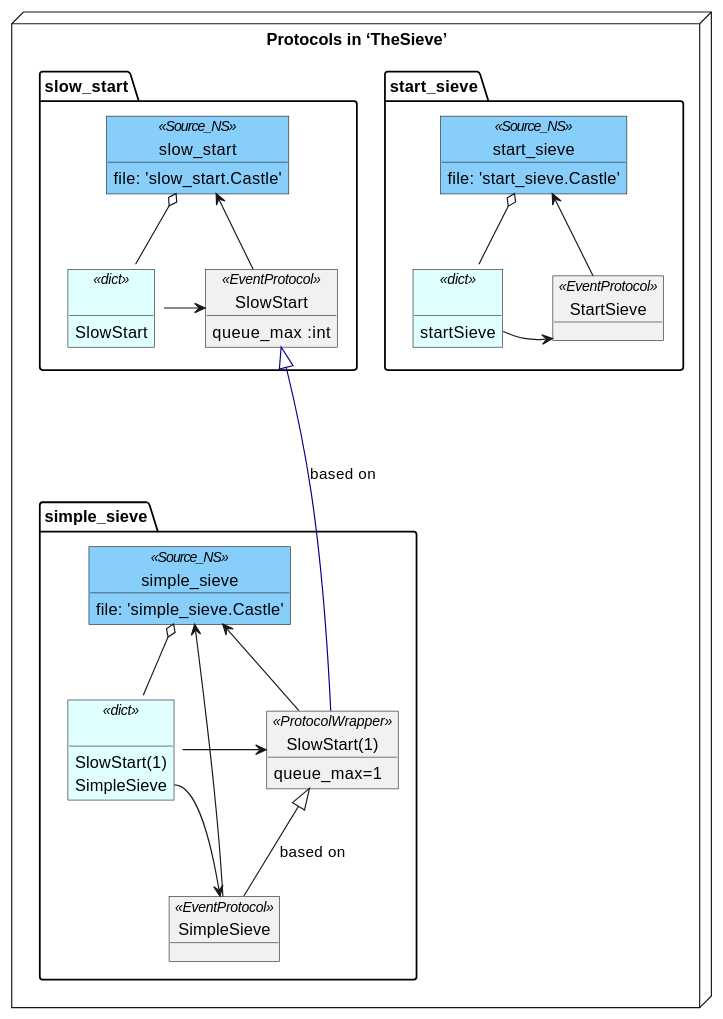
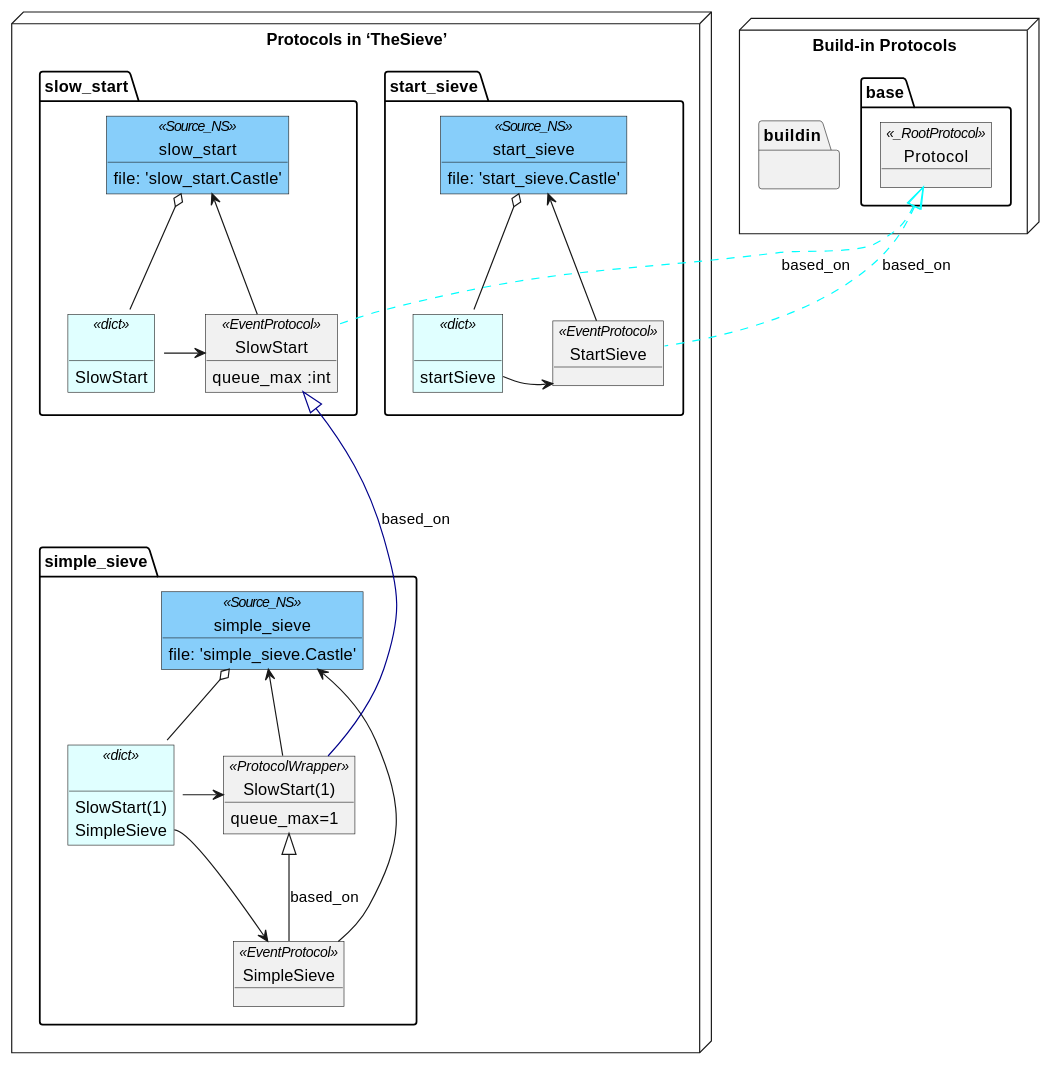
One commit to AlbertMietus/DocIdeas.hg changed the diagram in CCastle/DocParts/Design/231016_NS.rst. Above: the diagram before and after it, drawn with PlantUML.

Commit message:
refactor (DesignDiagram) added buildin.Protocol & layout/spaces

```diff
--- a/CCastle/DocParts/Design/231016_NS.rst
+++ b/CCastle/DocParts/Design/231016_NS.rst
@@ -4,59 +4,70 @@
 .. uml::
 
    @startuml
 
    package "Protocols in ‘TheSieve’" <<Node>> {
       package start_sieve {
          object start_sieve <<Source_NS>> #LightSkyBlue {
            file: 'start_sieve.Castle'
          }
          object " " as P1_d <<dict>> #lightcyan {
            startSieve
          }
          object StartSieve <<EventProtocol>>
 
-         start_sieve       o--  P1_d
-         P1_d::startSieve  ->   StartSieve
-         start_sieve       <--  StartSieve
+         start_sieve          o--  P1_d
+         P1_d::startSieve     ->   StartSieve
+         start_sieve          <--  StartSieve
       }
 
       package slow_start {
          object slow_start <<Source_NS>> #LightSkyBlue {
            file: 'slow_start.Castle'
          }
          object " " as P2_d <<dict>> #lightcyan {
            SlowStart
          }
          object SlowStart  <<EventProtocol>> {
            queue_max :int
          }
 
-         slow_start       o-- P2_d
-         P2_d::slowStart  ->  SlowStart
-         slow_start       <-- SlowStart
+         slow_start           o--  P2_d
+         P2_d::slowStart      ->   SlowStart
+         slow_start           <--  SlowStart
       }
 
       package simple_sieve {
          object simple_sieve <<Source_NS>> #LightSkyBlue {
            file: 'simple_sieve.Castle'
          }
          object " " as P3_d <<dict>> #lightcyan {
            SlowStart(1)
            SimpleSieve
          }
          object "SlowStart(1)" as SlowStart_1 <<ProtocolWrapper>> {
             queue_max=1
          }
          object SimpleSieve <<EventProtocol>>
-         SlowStart_1 <|-- SimpleSieve: based on
+         SlowStart_1 <|-- SimpleSieve: based_on
 
-         simple_sieve        o-- P3_d
-         P3_d::SlowStart_1   ->  SlowStart_1
-         P3_d::SimpleSieve   ->  SimpleSieve
-         simple_sieve       <-- SlowStart_1
-         simple_sieve       <--- SimpleSieve
+         simple_sieve         o--  P3_d
+         P3_d::SlowStart_1    ->   SlowStart_1
+         P3_d::SimpleSieve    ->   SimpleSieve
+         simple_sieve         <--  SlowStart_1
+         simple_sieve         <--- SimpleSieve
       }
 
-      SlowStart   <|---- SlowStart_1 #darkblue : based on
+      SlowStart   <|---- SlowStart_1 #darkblue : based_on
    }
+
+   package "Build-in Protocols" <<Node>> {
+      package base {
+         object Protocol <<_RootProtocol>>
+      }
+      package buildin {
+      }
+   }
+   Protocol  <|..  StartSieve #aqua : based_on
+   Protocol  <|..  SlowStart  #aqua : based_on
+
    @enduml
```
